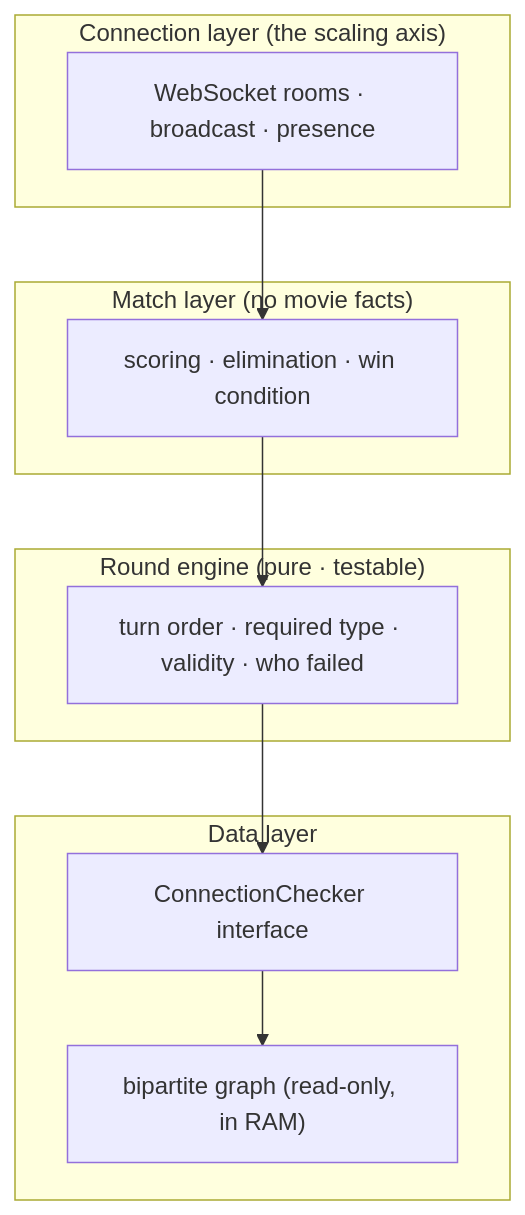
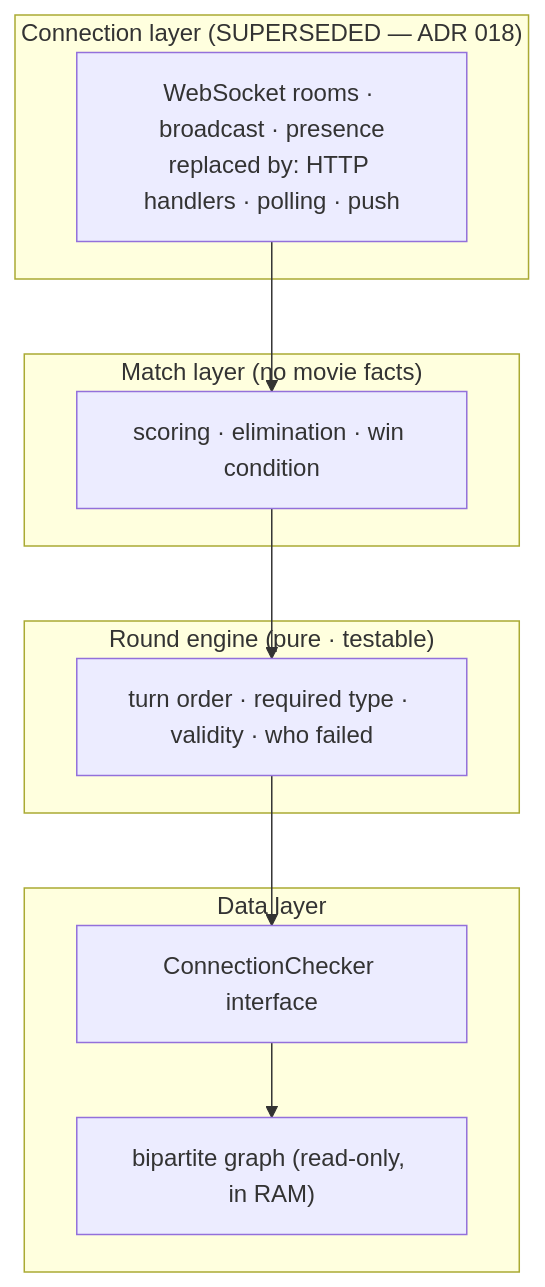
One commit to zws33/bacons_law changed the second of 2 diagrams in docs/CASE_STUDY.md. Above: the diagram before and after it, drawn with Mermaid. The commit also changed other lines of this file and 3 other files, not shown here.

````diff
--- a/docs/CASE_STUDY.md
+++ b/docs/CASE_STUDY.md
@@ -104,16 +134,16 @@
 ```mermaid
 graph TD
-    subgraph Connection["Connection layer (the scaling axis)"]
-        WS["WebSocket rooms · broadcast · presence"]
+    subgraph Connection["Connection layer (SUPERSEDED — ADR 018)"]
+        WS["WebSocket rooms · broadcast · presence<br/>replaced by: HTTP handlers · polling · push"]
     end
     subgraph Match["Match layer (no movie facts)"]
         SC["scoring · elimination · win condition"]
     end
     subgraph Round["Round engine (pure · testable)"]
         RE["turn order · required type · validity · who failed"]
     end
     subgraph Data["Data layer"]
         CC["ConnectionChecker interface"] --> G["bipartite graph (read-only, in RAM)"]
     end
     WS --> SC --> RE --> CC
 ```
````
